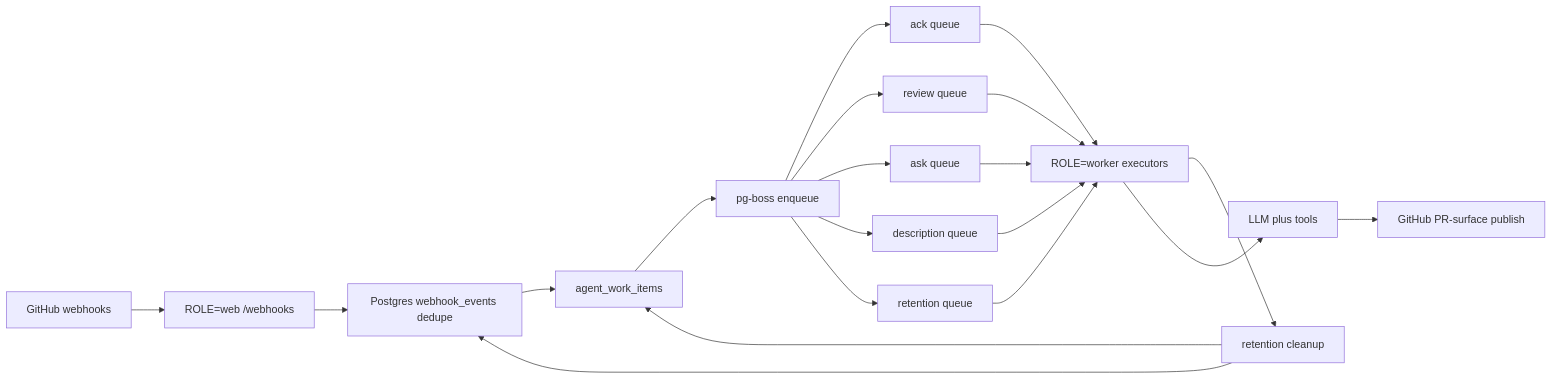
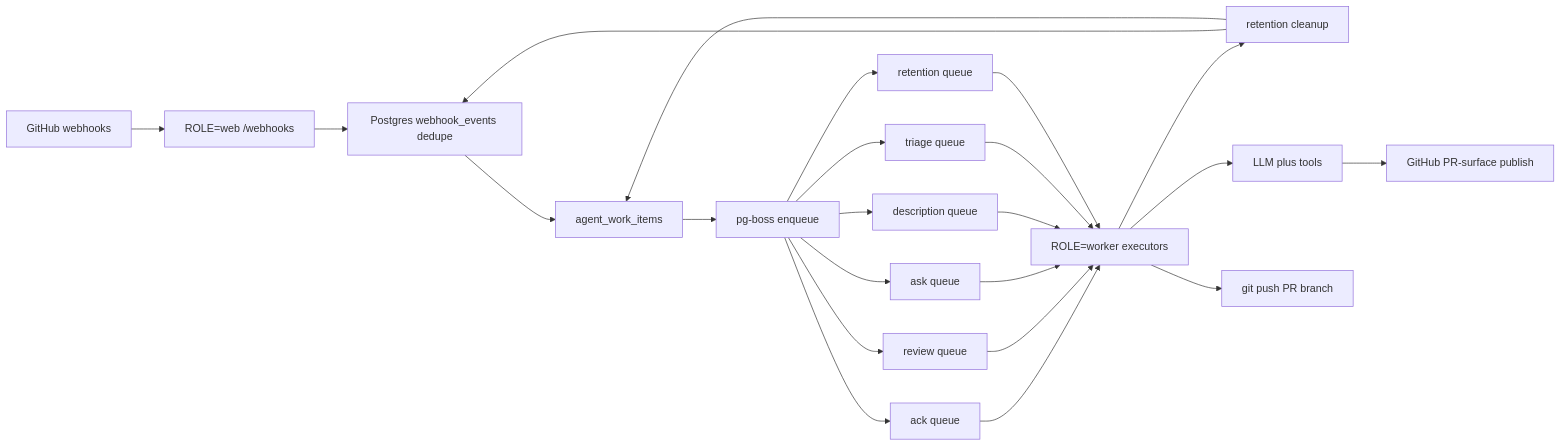
One commit to prathamdby/pr-agent changed the diagram in README.md. Above: the diagram before and after it, drawn with Mermaid. The commit also changed other lines of this file and 48 other files, not shown here.

````diff
--- a/README.md
+++ b/README.md
@@ -206,22 +207,25 @@
 ```mermaid
 flowchart LR
   GitHub[GitHub webhooks] --> Web["ROLE=web /webhooks"]
   Web --> Dedupe[Postgres webhook_events dedupe]
   Dedupe --> Items[agent_work_items]
   Items --> Boss[pg-boss enqueue]
   Boss --> AckQ[ack queue]
   Boss --> RevQ[review queue]
   Boss --> AskQ[ask queue]
   Boss --> DescQ[description queue]
+  Boss --> TriageQ[triage queue]
   Boss --> RetQ[retention queue]
   AckQ --> Worker["ROLE=worker executors"]
   RevQ --> Worker
   AskQ --> Worker
   DescQ --> Worker
+  TriageQ --> Worker
   RetQ --> Worker
   Worker --> Retention[retention cleanup]
   Retention --> Dedupe
   Retention --> Items
   Worker --> LLM[LLM plus tools]
   LLM --> Publish[GitHub PR-surface publish]
+  Worker --> Push[git push PR branch]
 ```
````
